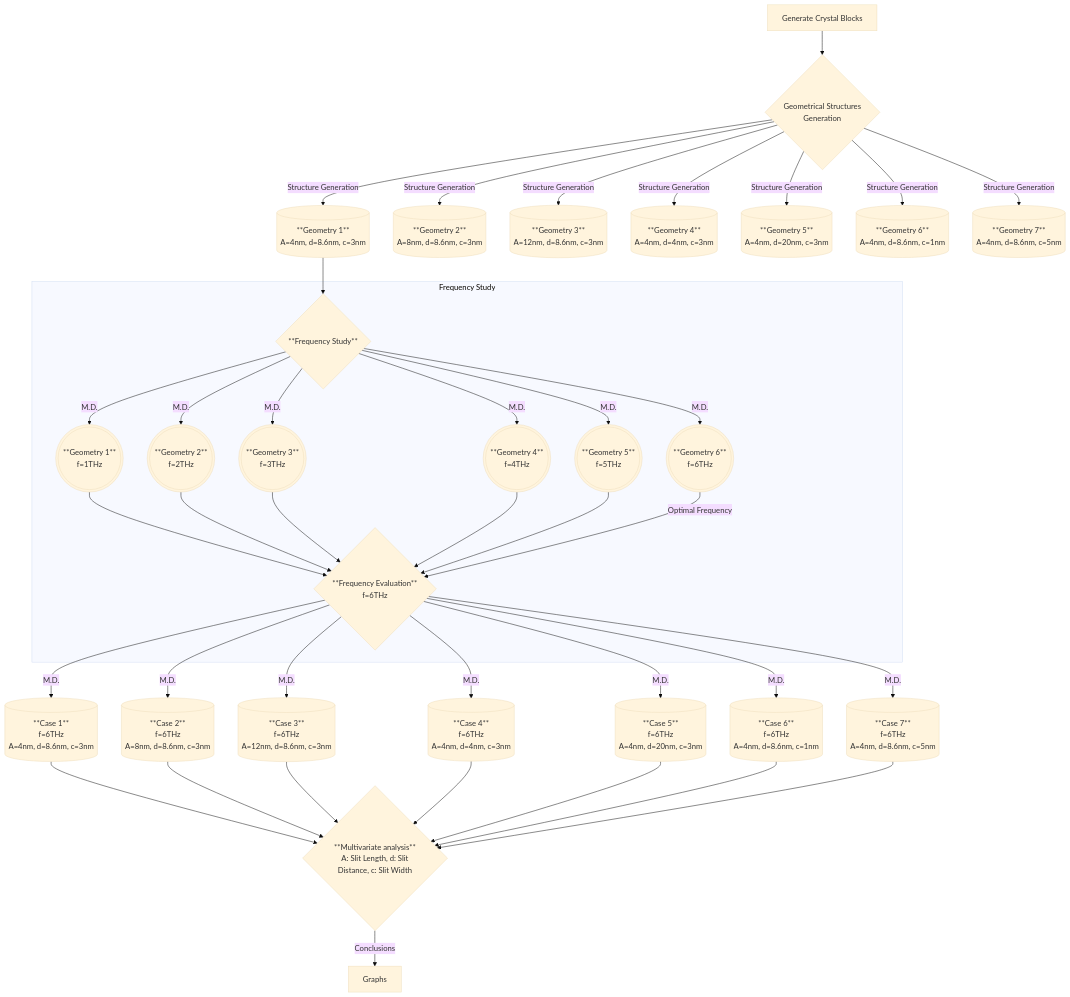
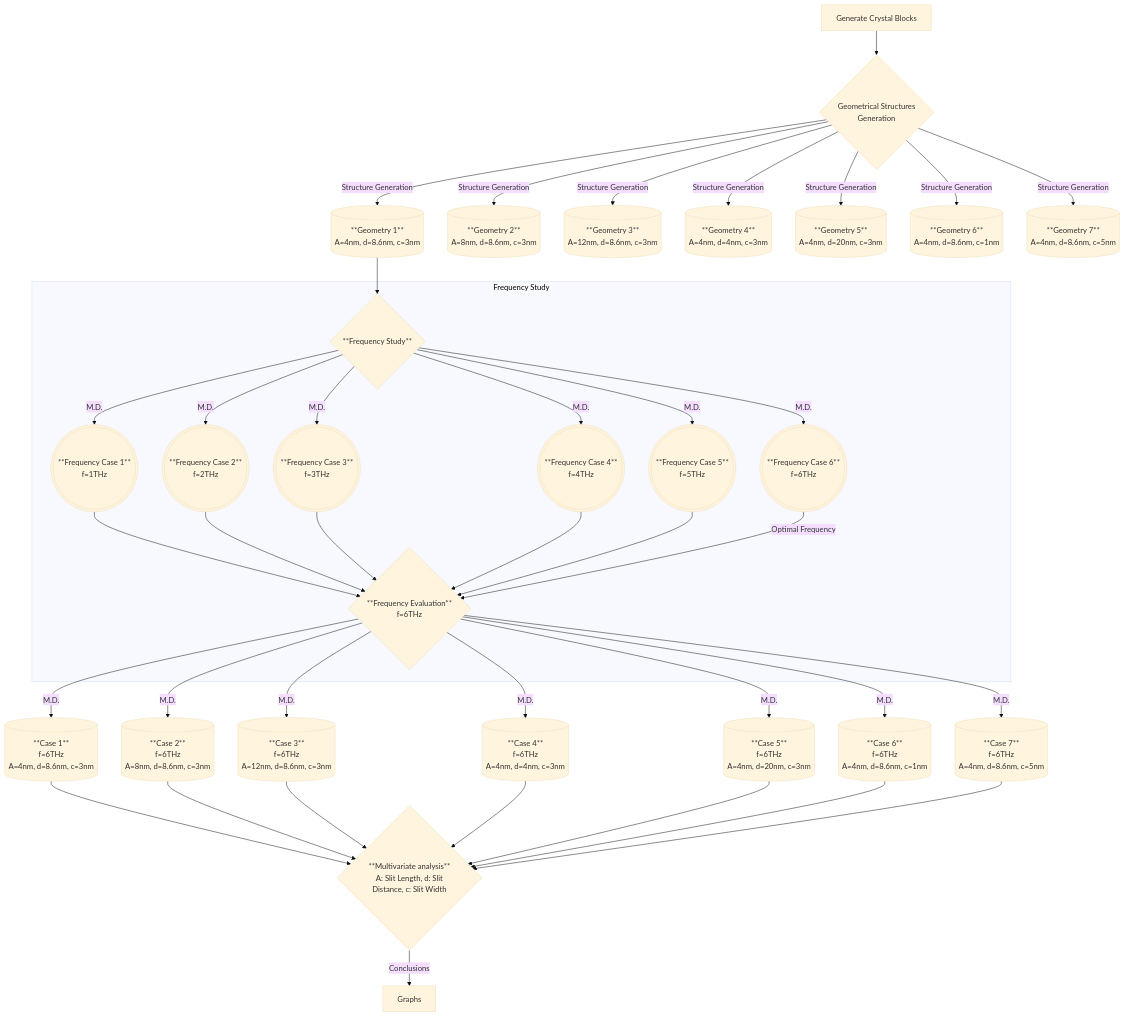
Before and after one commit to enikidis/phonons: the diagram in TEST2.MD, drawn with Mermaid (base theme). The commit also changed 3 other files, not shown here.

Commit message:
updated graphs

````diff
--- a/TEST2.MD
+++ b/TEST2.MD
@@ -1,45 +1,45 @@
 ```mermaid
 flowchart TD;
     A[Generate Crystal Blocks]--> B{Geometrical Structures<br> Generation}
     B-->|Structure Generation|G1[(**Geometry 1**<br> A=4nm, d=8.6nm, c=3nm)]
     B-->|Structure Generation|G2[(**Geometry 2**<br> A=8nm, d=8.6nm, c=3nm)]
     B-->|Structure Generation|G3[(**Geometry 3**<br> A=12nm, d=8.6nm, c=3nm)]
     B-->|Structure Generation|G4[(**Geometry 4**<br> A=4nm, d=4nm, c=3nm)]
     B-->|Structure Generation|G5[(**Geometry 5**<br> A=4nm, d=20nm, c=3nm)]
     B-->|Structure Generation|G6[(**Geometry 6**<br> A=4nm, d=8.6nm, c=1nm)]
     B-->|Structure Generation|G7[(**Geometry 7**<br> A=4nm, d=8.6nm, c=5nm)]
     G1-->F0{**Frequency Study**<br> }
     
     subgraph Frequency Study
-        F0-->|M.D.|F1(((**Geometry 1**<br> f=1THz)))
-        F0-->|M.D.|F2(((**Geometry 2**<br> f=2THz)))
-        F0-->|M.D.|F3(((**Geometry 3**<br> f=3THz)))
-        F0-->|M.D.|F4(((**Geometry 4**<br> f=4THz)))
-        F0-->|M.D.|F5(((**Geometry 5**<br> f=5THz)))
-        F0-->|M.D.|F6(((**Geometry 6**<br> f=6THz)))
+        F0-->|M.D.|F1(((**Frequency Case 1**<br> f=1THz)))
+        F0-->|M.D.|F2(((**Frequency Case 2**<br> f=2THz)))
+        F0-->|M.D.|F3(((**Frequency Case 3**<br> f=3THz)))
+        F0-->|M.D.|F4(((**Frequency Case 4**<br> f=4THz)))
+        F0-->|M.D.|F5(((**Frequency Case 5**<br> f=5THz)))
+        F0-->|M.D.|F6(((**Frequency Case 6**<br> f=6THz)))
         F1-->FED0
         F2-->FED0
         F3-->FED0
         F4-->FED0
         F5-->FED0
         F6-->|Optimal Frequency|FED0
     end
 
     FED0{**Frequency Evaluation** <br>f=6THz}-->|M.D.|C1[(**Case 1**<br> f=6THz <br> A=4nm, d=8.6nm, c=3nm)]
     FED0{**Frequency Evaluation** <br>f=6THz}-->|M.D.|C2[(**Case 2**<br> f=6THz <br> A=8nm, d=8.6nm, c=3nm)]
     FED0{**Frequency Evaluation** <br>f=6THz}-->|M.D.|C3[(**Case 3**<br> f=6THz <br> A=12nm, d=8.6nm, c=3nm)]
     FED0{**Frequency Evaluation** <br>f=6THz}-->|M.D.|C4[(**Case 4**<br> f=6THz <br> A=4nm, d=4nm, c=3nm)]
     FED0{**Frequency Evaluation** <br>f=6THz}-->|M.D.|C5[(**Case 5**<br> f=6THz <br>A=4nm, d=20nm, c=3nm)]
     FED0{**Frequency Evaluation** <br>f=6THz}-->|M.D.|C6[(**Case 6**<br> f=6THz <br>A=4nm, d=8.6nm, c=1nm)]
     FED0{**Frequency Evaluation** <br>f=6THz}-->|M.D.|C7[(**Case 7**<br> f=6THz <br>A=4nm, d=8.6nm, c=5nm)]
 
     FED1{**Multivariate analysis**<br> A: Slit Length, d: Slit Distance, c: Slit Width} 
     C1-->FED1
     C2-->FED1
     C3-->FED1
     C4-->FED1
     C5-->FED1
     C6-->FED1
     C7-->FED1
     FED1-->|Conclusions|FED2[Graphs]
 ```   
````
